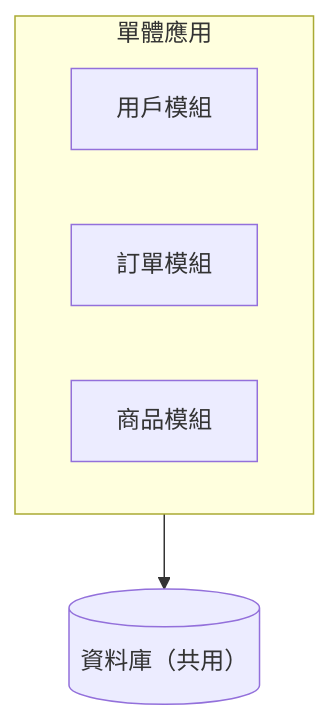
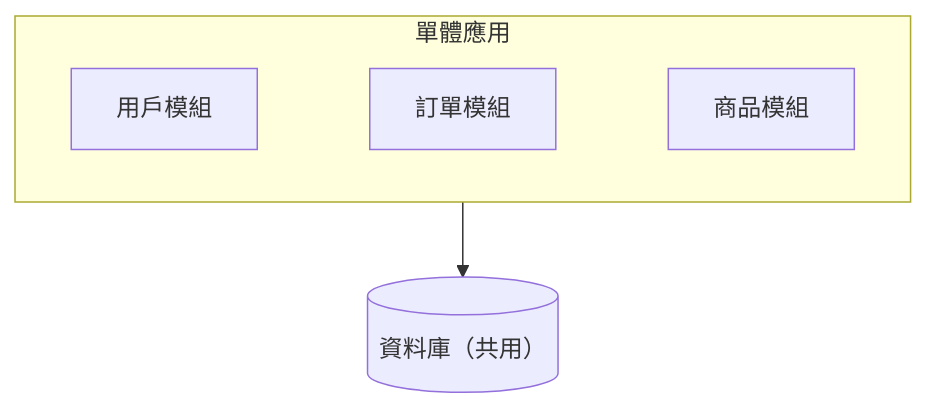
The first of 2 diagrams in docs/architecture/spring-cloud/microservices.md (AnthonyFuFu/StudyNotes), drawn with Mermaid before and after one commit. The commit also changed 43 other files, not shown here.

````diff
--- a/docs/architecture/spring-cloud/microservices.md
+++ b/docs/architecture/spring-cloud/microservices.md
@@ -7,10 +7,8 @@
     ``` mermaid
     flowchart TB
         subgraph MONO ["單體應用"]
             direction LR
-            U["用戶模組"]
-            O["訂單模組"]
-            P["商品模組"]
+            U["用戶模組"] ~~~ O["訂單模組"] ~~~ P["商品模組"]
         end
         MONO --> DB[("資料庫（共用）")]
     ```
````
